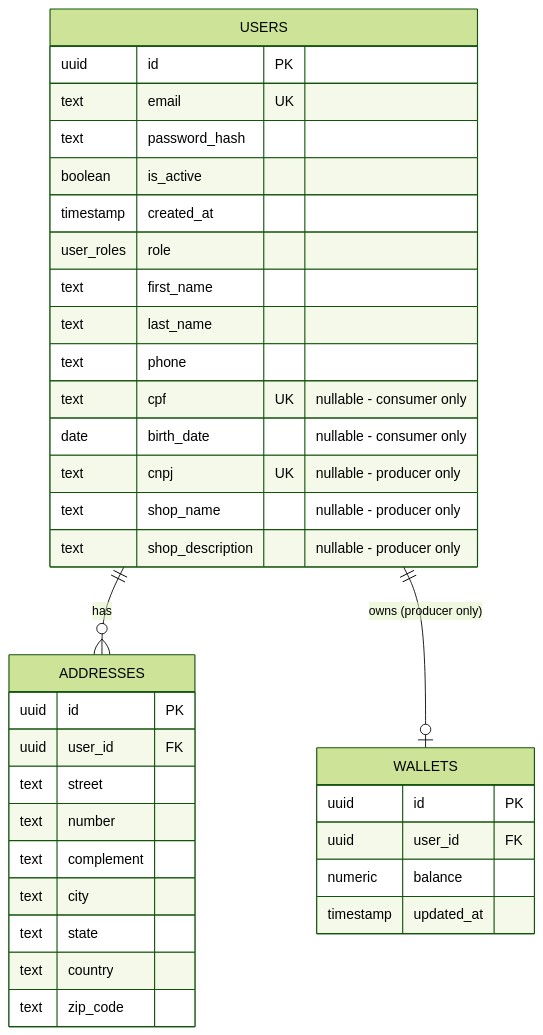
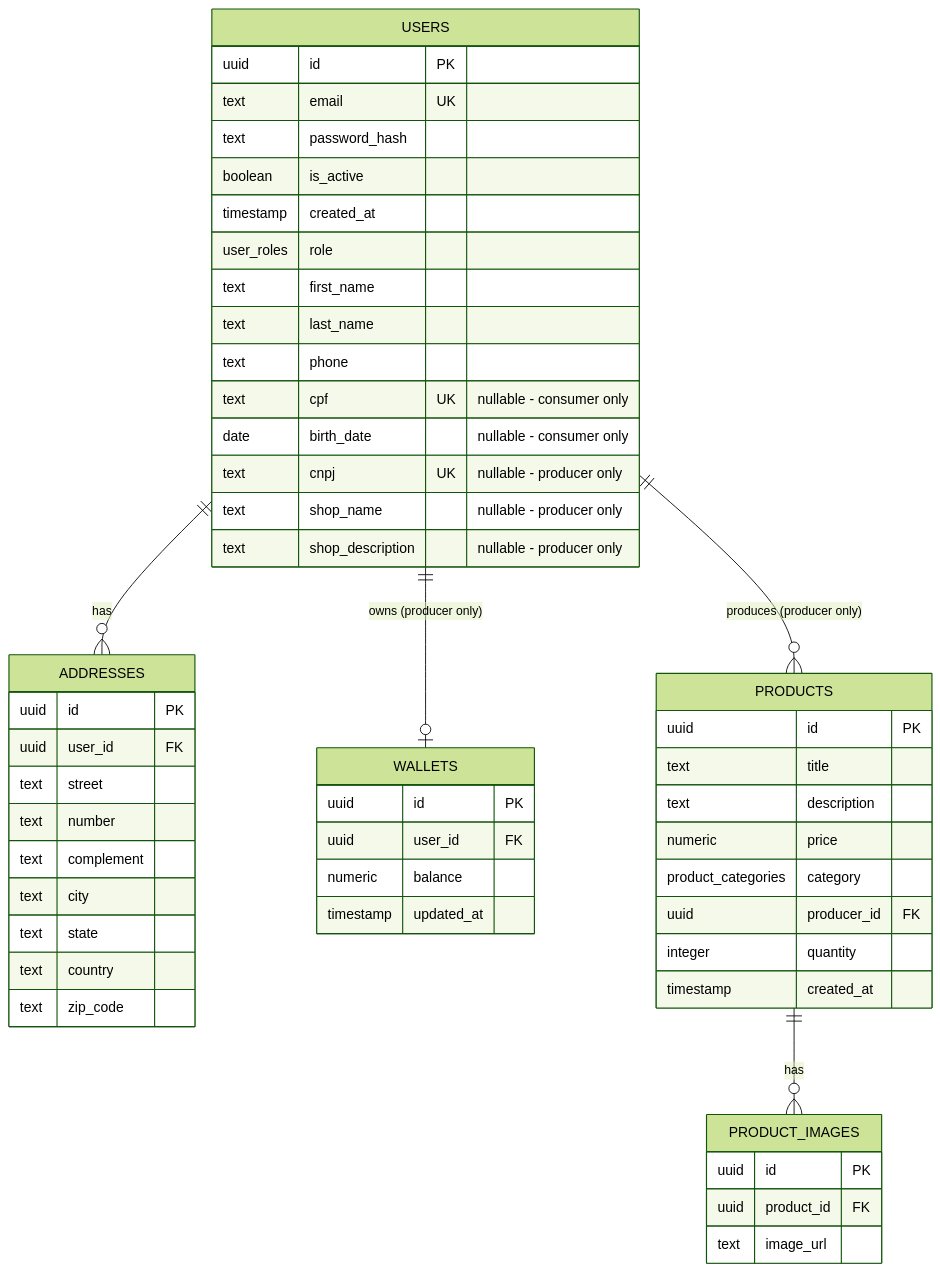
One commit to diogomasc/Hortifruti-BoaSaude-API changed the diagram in artifacts/Diagrama_de_Relacionamento_20_09_2025.md. Above: the diagram before and after it, drawn with Mermaid (forest theme). The commit also changed other lines of this file and 1 other file, not shown here.

First line of the commit message:
feat(products): add products and product images entities to database schema

````diff
--- a/artifacts/Diagrama_de_Relacionamento_20_09_2025.md
+++ b/artifacts/Diagrama_de_Relacionamento_20_09_2025.md
@@ -9,41 +9,60 @@
 ```mermaid
 erDiagram
     USERS {
         uuid id PK
         text email UK
         text password_hash
         boolean is_active
         timestamp created_at
         user_roles role
         text first_name
         text last_name
         text phone
         text cpf UK "nullable - consumer only"
         date birth_date "nullable - consumer only"
         text cnpj UK "nullable - producer only"
         text shop_name "nullable - producer only"
         text shop_description "nullable - producer only"
     }
     
     ADDRESSES {
         uuid id PK
         uuid user_id FK
         text street
         text number
         text complement
         text city
         text state
         text country
         text zip_code
     }
     
     WALLETS {
         uuid id PK
         uuid user_id FK
         numeric balance
         timestamp updated_at
     }
     
+    PRODUCTS {
+        uuid id PK
+        text title
+        text description
+        numeric price
+        product_categories category
+        uuid producer_id FK
+        integer quantity
+        timestamp created_at
+    }
+    
+    PRODUCT_IMAGES {
+        uuid id PK
+        uuid product_id FK
+        text image_url
+    }
+    
     USERS ||--o{ ADDRESSES : "has"
     USERS ||--o| WALLETS : "owns (producer only)"
+    USERS ||--o{ PRODUCTS : "produces (producer only)"
+    PRODUCTS ||--o{ PRODUCT_IMAGES : "has"
 ```
````
